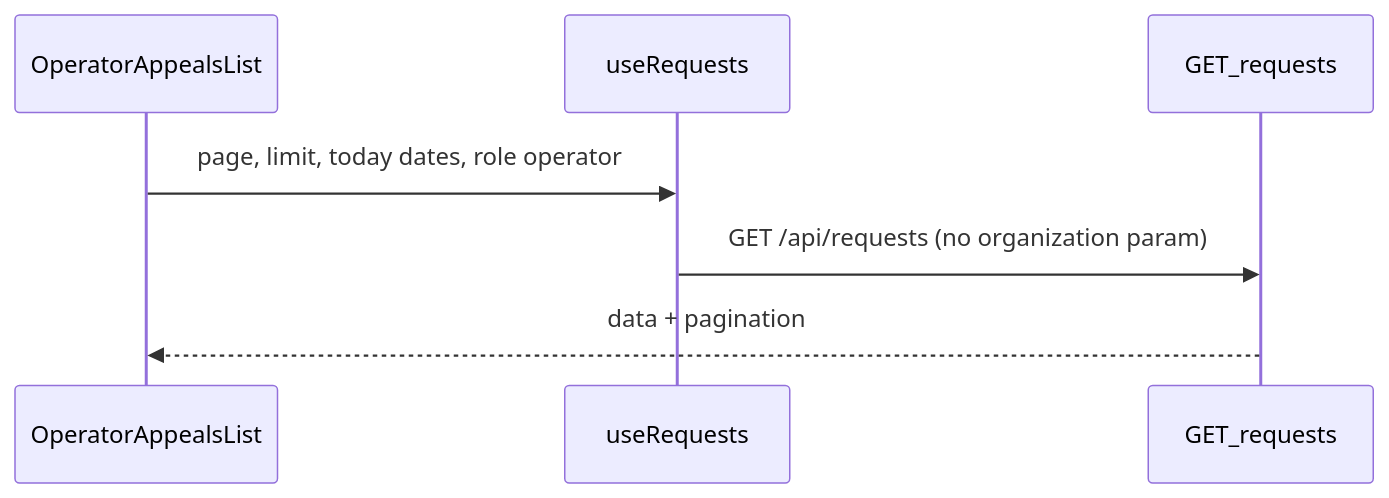
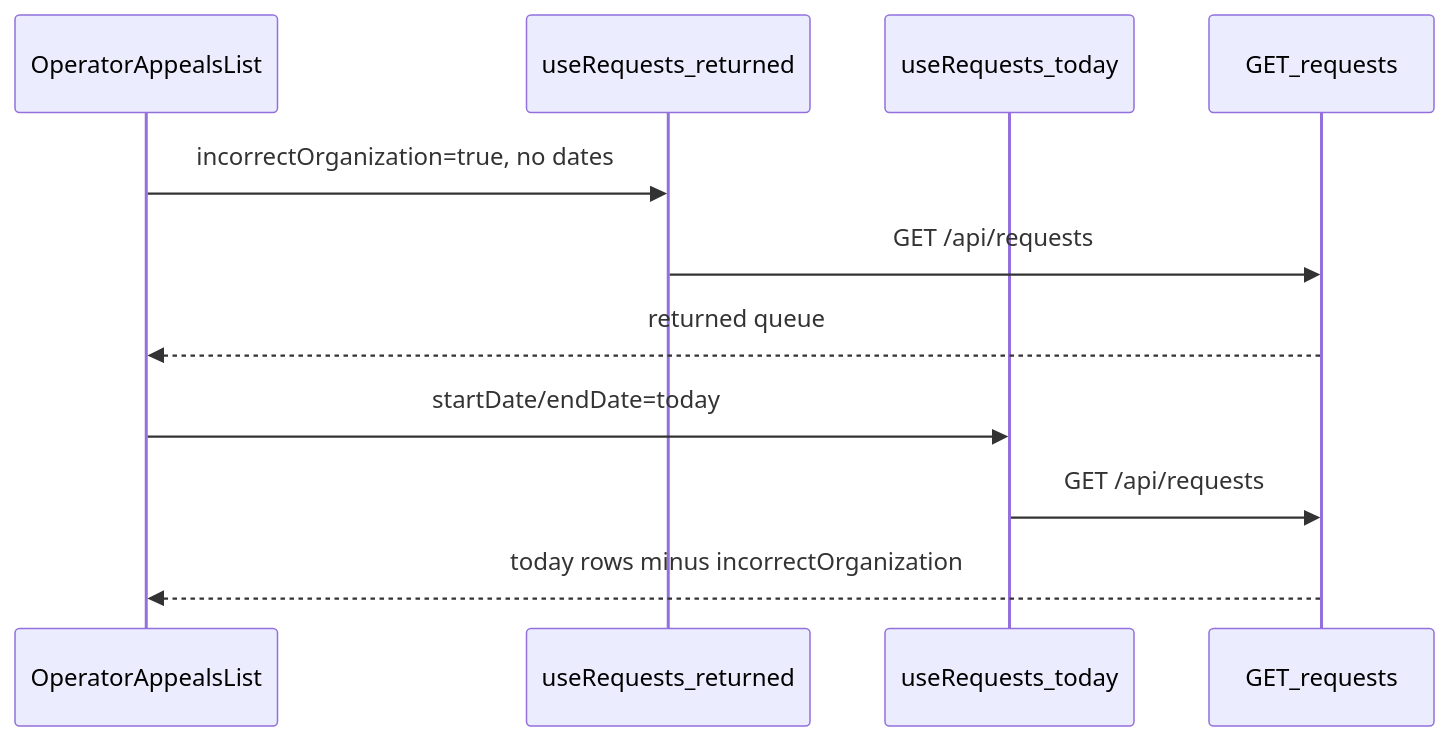
Before and after one commit to Qurbonsaid/murojaat24: the third of 5 diagrams in src/pages/operator-dashboard/README.md, drawn with Mermaid. The commit also changed other lines of this file and 13 other files, not shown here.

First line of the commit message:
feat(requests): wrong-organization return queue and review UX

````diff
--- a/src/pages/operator-dashboard/README.md
+++ b/src/pages/operator-dashboard/README.md
@@ -53,10 +53,15 @@
 ```mermaid
 sequenceDiagram
   participant List as OperatorAppealsList
-  participant Hook as useRequests
+  participant Returned as useRequests_returned
+  participant Today as useRequests_today
   participant API as GET_requests
 
-  List->>Hook: page, limit, today dates, role operator
-  Hook->>API: GET /api/requests (no organization param)
-  API-->>List: data + pagination
+  List->>Returned: incorrectOrganization=true, no dates
+  Returned->>API: GET /api/requests
+  API-->>List: returned queue
+
+  List->>Today: startDate/endDate=today
+  Today->>API: GET /api/requests
+  API-->>List: today rows minus incorrectOrganization
 ```
````
